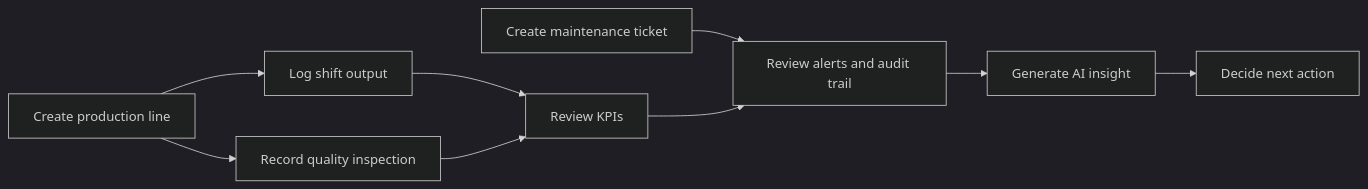
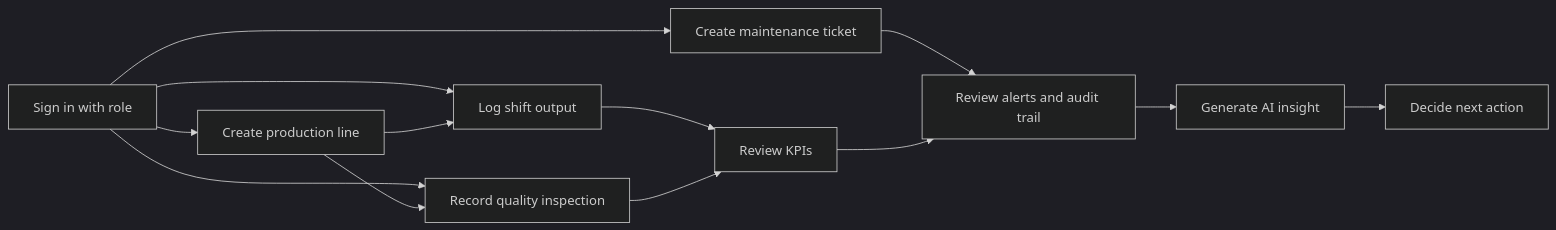
The first of 2 diagrams in docs/HOW_IT_WORKS.md (moslemajra85/indutry-app), drawn with Mermaid (dark theme) before and after one commit. The commit also changed other lines of this file and 28 other files, not shown here.

````diff
--- a/docs/HOW_IT_WORKS.md
+++ b/docs/HOW_IT_WORKS.md
@@ -17,20 +18,25 @@
 ```mermaid
 flowchart LR
+  SignIn[Sign in with role]
   Setup[Create production line]
   Log[Log shift output]
   Quality[Record quality inspection]
   Maintain[Create maintenance ticket]
   Review[Review KPIs]
   Alerts[Review alerts and audit trail]
   Insight[Generate AI insight]
   Action[Decide next action]
 
+  SignIn --> Setup
+  SignIn --> Log
+  SignIn --> Quality
+  SignIn --> Maintain
   Setup --> Log
   Setup --> Quality
   Log --> Review
   Quality --> Review
   Maintain --> Alerts
   Review --> Alerts
   Alerts --> Insight
   Insight --> Action
 ```
````
